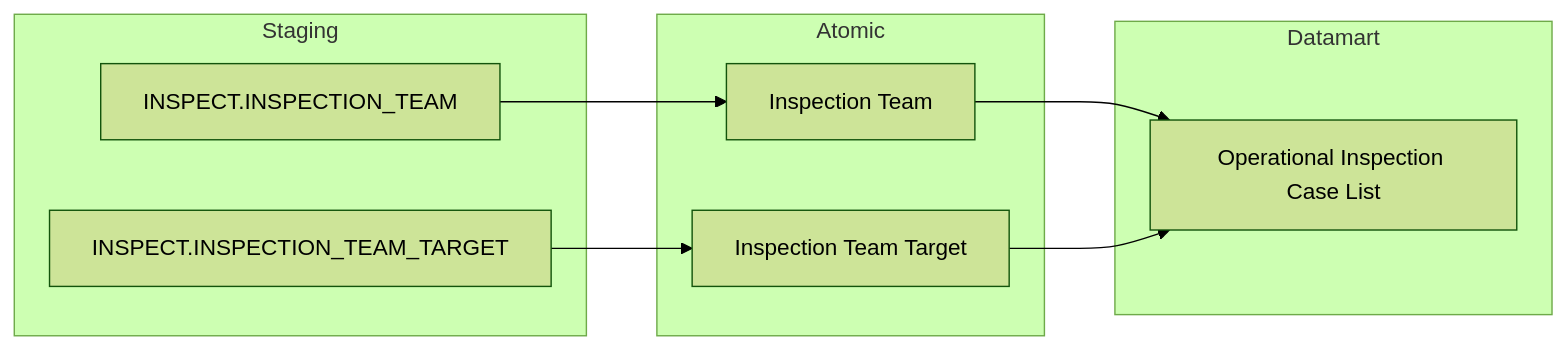
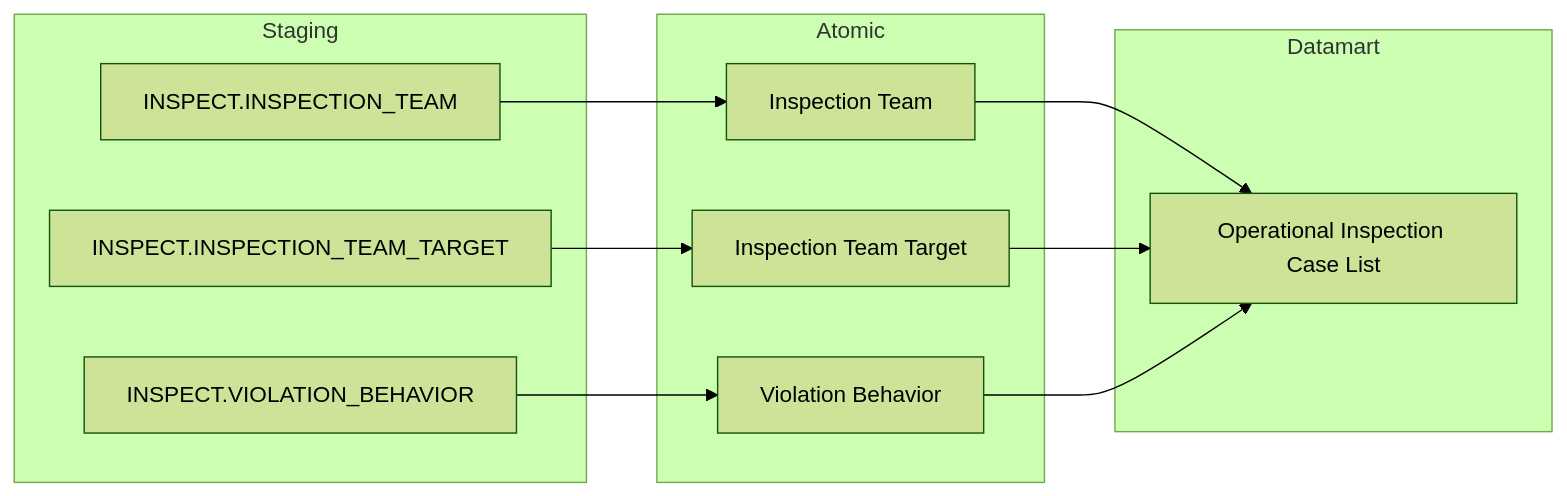
Before and after one commit to linhlvit/ubck_atomic_design: the seventh of 54 diagrams in Datamart/hld/DTM_TT_HLD.md, drawn with Mermaid (forest theme). The commit also changed other lines of this file and 23 other files, not shown here.

````diff
--- a/Datamart/hld/DTM_TT_HLD.md
+++ b/Datamart/hld/DTM_TT_HLD.md
@@ -296,22 +298,26 @@
 ```mermaid
 flowchart LR
     subgraph SRC["Staging"]
         S1["INSPECT.INSPECTION_TEAM"]
         S2["INSPECT.INSPECTION_TEAM_TARGET"]
+        S3["INSPECT.VIOLATION_BEHAVIOR"]
     end
 
     subgraph SIL["Atomic"]
         SV1["Inspection Team"]
         SV2["Inspection Team Target"]
+        SV3["Violation Behavior"]
     end
 
     subgraph GOLD["Datamart"]
         G1["Operational Inspection Case List"]
     end
 
     S1 --> SV1
     S2 --> SV2
+    S3 --> SV3
 
     SV1 --> G1
     SV2 --> G1
+    SV3 --> G1
 ```
````
